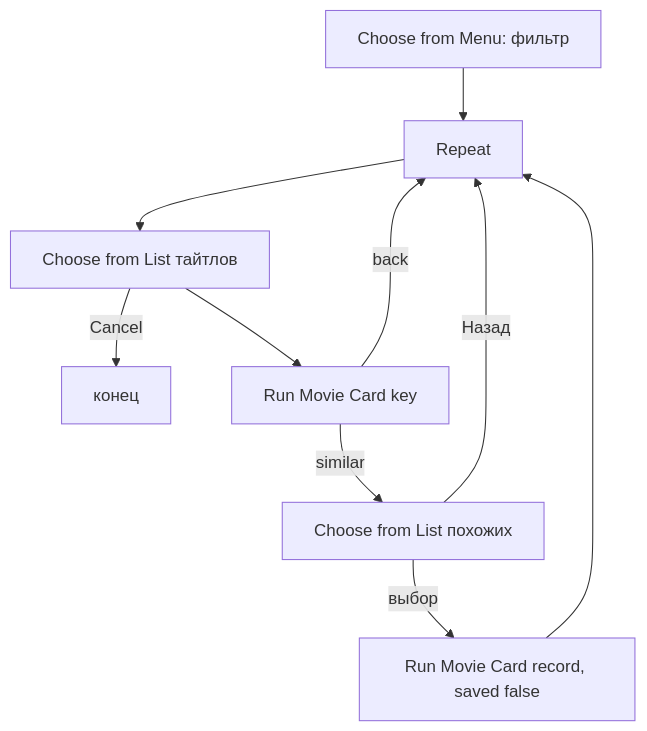
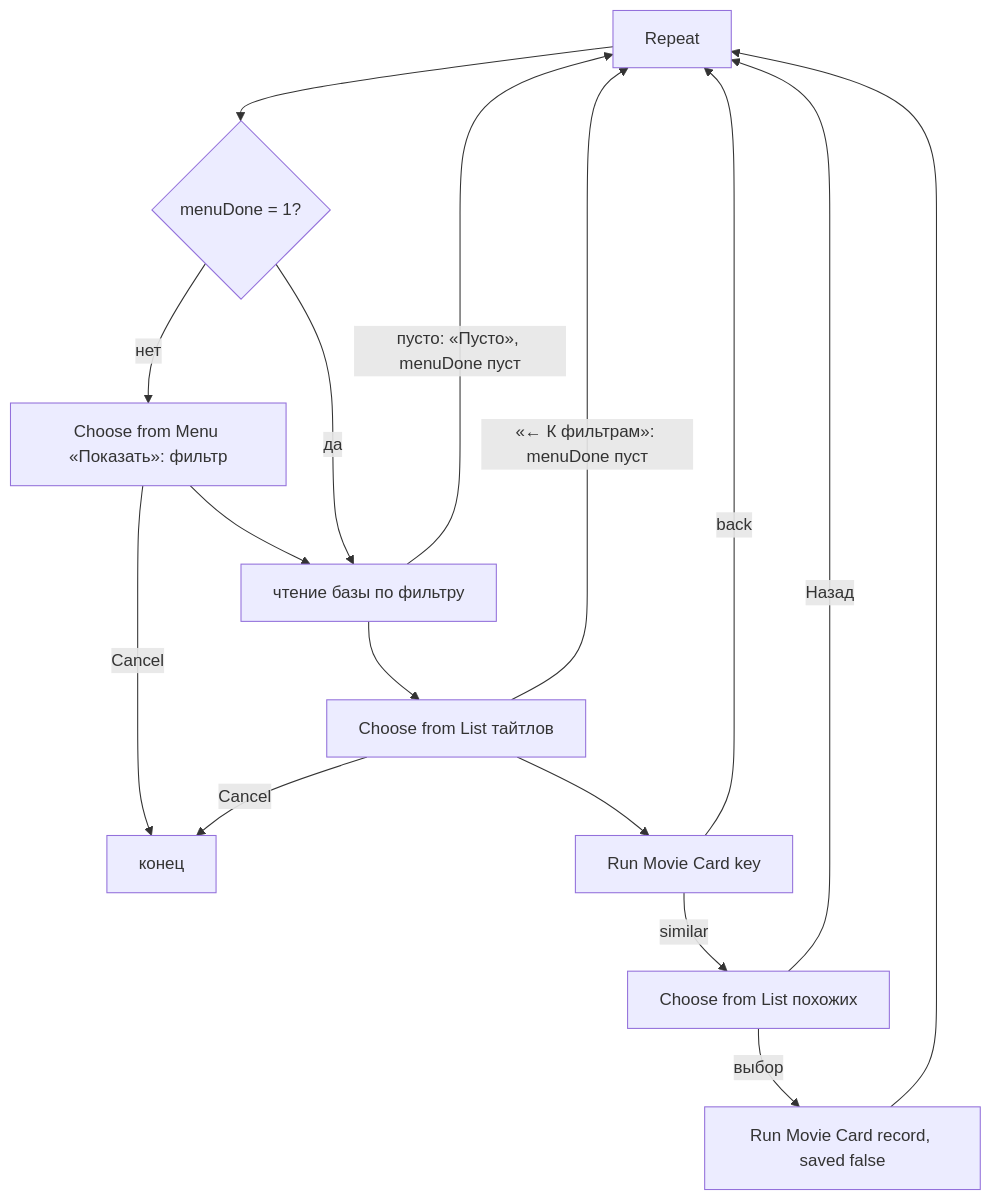
Before and after one commit to Gamspi/movie_gallery: the diagram in rate/README.md, drawn with Mermaid. The commit also changed other lines of this file and 11 other files, not shown here.

````diff
--- a/rate/README.md
+++ b/rate/README.md
@@ -13,11 +13,17 @@
 ```mermaid
 flowchart TD
-    F[Choose from Menu: фильтр] --> R[Repeat]
-    R --> L[Choose from List тайтлов]
-    L -->|Cancel| End[конец]
+    R[Repeat] --> Q{menuDone = 1?}
+    Q -->|нет| F[Choose from Menu «Показать»: фильтр]
+    F -->|Cancel| End[конец]
+    F --> D[чтение базы по фильтру]
+    Q -->|да| D
+    D -->|пусто: «Пусто», menuDone пуст| R
+    D --> L[Choose from List тайтлов]
+    L -->|Cancel| End
+    L -->|«← К фильтрам»: menuDone пуст| R
     L --> C[Run Movie Card key]
     C -->|back| R
     C -->|similar| S[Choose from List похожих]
     S -->|выбор| CU[Run Movie Card record, saved false] --> R
     S -->|Назад| R
 ```
````
